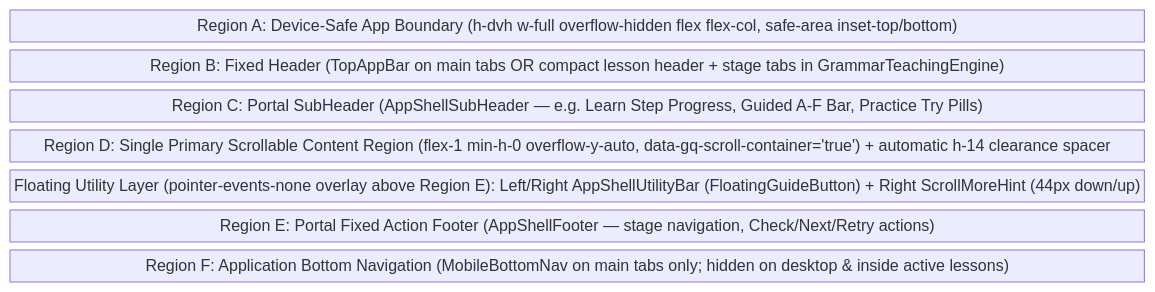
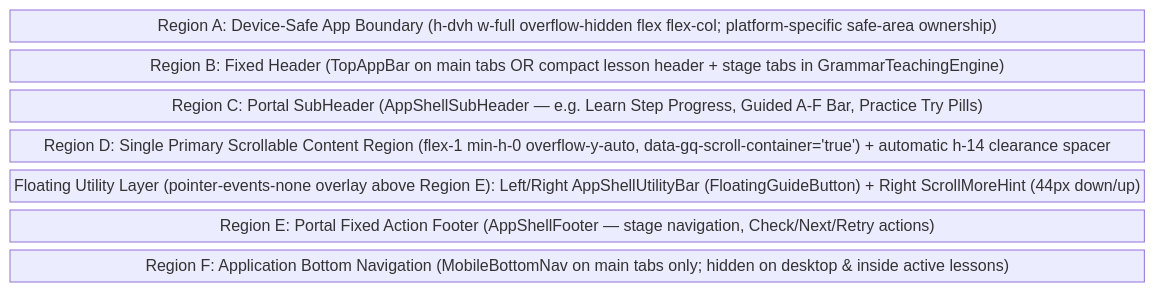
Before and after one commit to pkr-pradeep/grammar-quest: the second of 2 diagrams in GRAMMAR_QUEST_UX_DESIGN_SYSTEM.md, drawn with Mermaid. The commit also changed other lines of this file, not shown here.

````diff
--- a/GRAMMAR_QUEST_UX_DESIGN_SYSTEM.md
+++ b/GRAMMAR_QUEST_UX_DESIGN_SYSTEM.md
@@ -79,11 +82,11 @@
 ```mermaid
 block-beta
   columns 1
-  A["Region A: Device-Safe App Boundary (h-dvh w-full overflow-hidden flex flex-col, safe-area inset-top/bottom)"]
+  A["Region A: Device-Safe App Boundary (h-dvh w-full overflow-hidden flex flex-col; platform-specific safe-area ownership)"]
   B["Region B: Fixed Header (TopAppBar on main tabs OR compact lesson header + stage tabs in GrammarTeachingEngine)"]
   C["Region C: Portal SubHeader (AppShellSubHeader — e.g. Learn Step Progress, Guided A-F Bar, Practice Try Pills)"]
   D["Region D: Single Primary Scrollable Content Region (flex-1 min-h-0 overflow-y-auto, data-gq-scroll-container='true') + automatic h-14 clearance spacer"]
   U["Floating Utility Layer (pointer-events-none overlay above Region E): Left/Right AppShellUtilityBar (FloatingGuideButton) + Right ScrollMoreHint (44px down/up)"]
   E["Region E: Portal Fixed Action Footer (AppShellFooter — stage navigation, Check/Next/Retry actions)"]
   F["Region F: Application Bottom Navigation (MobileBottomNav on main tabs only; hidden on desktop & inside active lessons)"]
 ```
````
